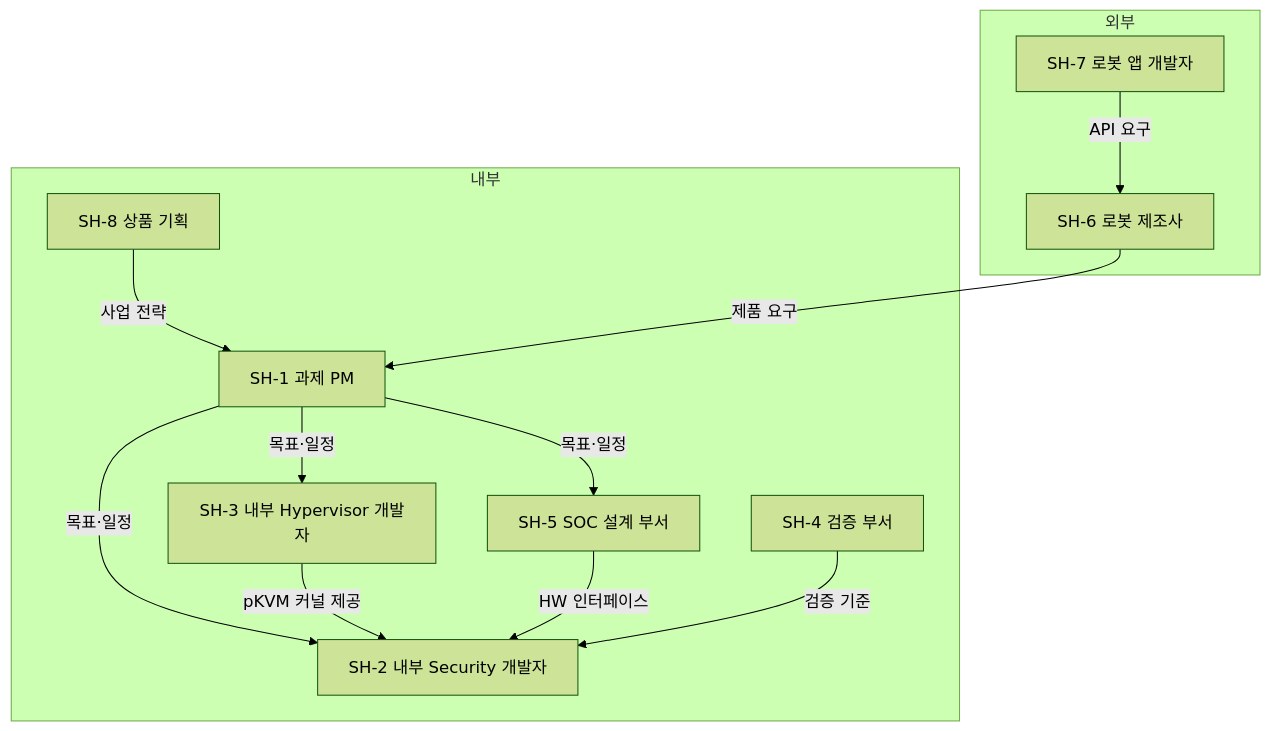
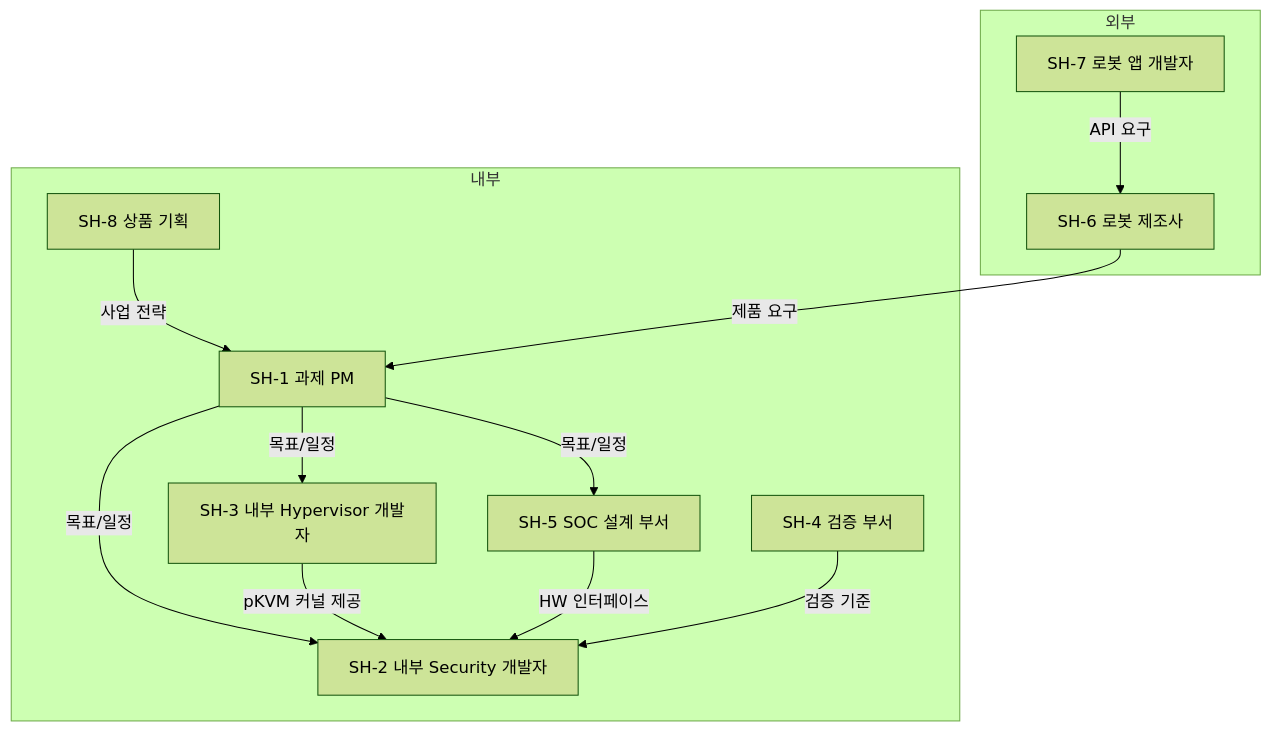
Before and after one commit to boram1288/test-p: the diagram in docs/01_requirements_collection.md, drawn with Mermaid (forest theme). The commit also changed other lines of this file and 29 other files, not shown here.

````diff
--- a/docs/01_requirements_collection.md
+++ b/docs/01_requirements_collection.md
@@ -32,25 +32,25 @@
 ```mermaid
 flowchart TB
     subgraph internal["내부"]
         SH8["SH-8 상품 기획"]
         SH1["SH-1 과제 PM"]
         SH2["SH-2 내부 Security 개발자"]
         SH3["SH-3 내부 Hypervisor 개발자"]
         SH4["SH-4 검증 부서"]
         SH5["SH-5 SOC 설계 부서"]
     end
     subgraph external["외부"]
         SH6["SH-6 로봇 제조사"]
         SH7["SH-7 로봇 앱 개발자"]
     end
 
     SH8 -->|"사업 전략"| SH1
-    SH1 -->|"목표·일정"| SH2
-    SH1 -->|"목표·일정"| SH3
-    SH1 -->|"목표·일정"| SH5
+    SH1 -->|"목표/일정"| SH2
+    SH1 -->|"목표/일정"| SH3
+    SH1 -->|"목표/일정"| SH5
     SH3 -->|"pKVM 커널 제공"| SH2
     SH5 -->|"HW 인터페이스"| SH2
     SH4 -->|"검증 기준"| SH2
     SH6 -->|"제품 요구"| SH1
     SH7 -->|"API 요구"| SH6
 ```
````
